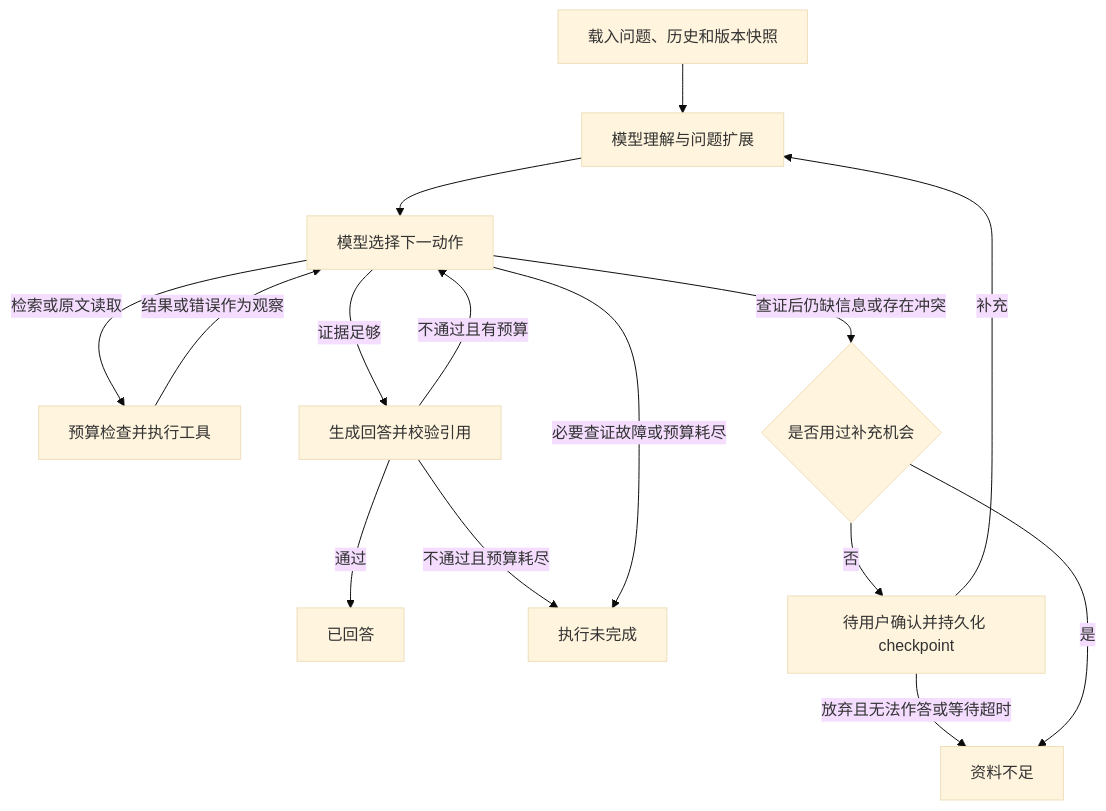
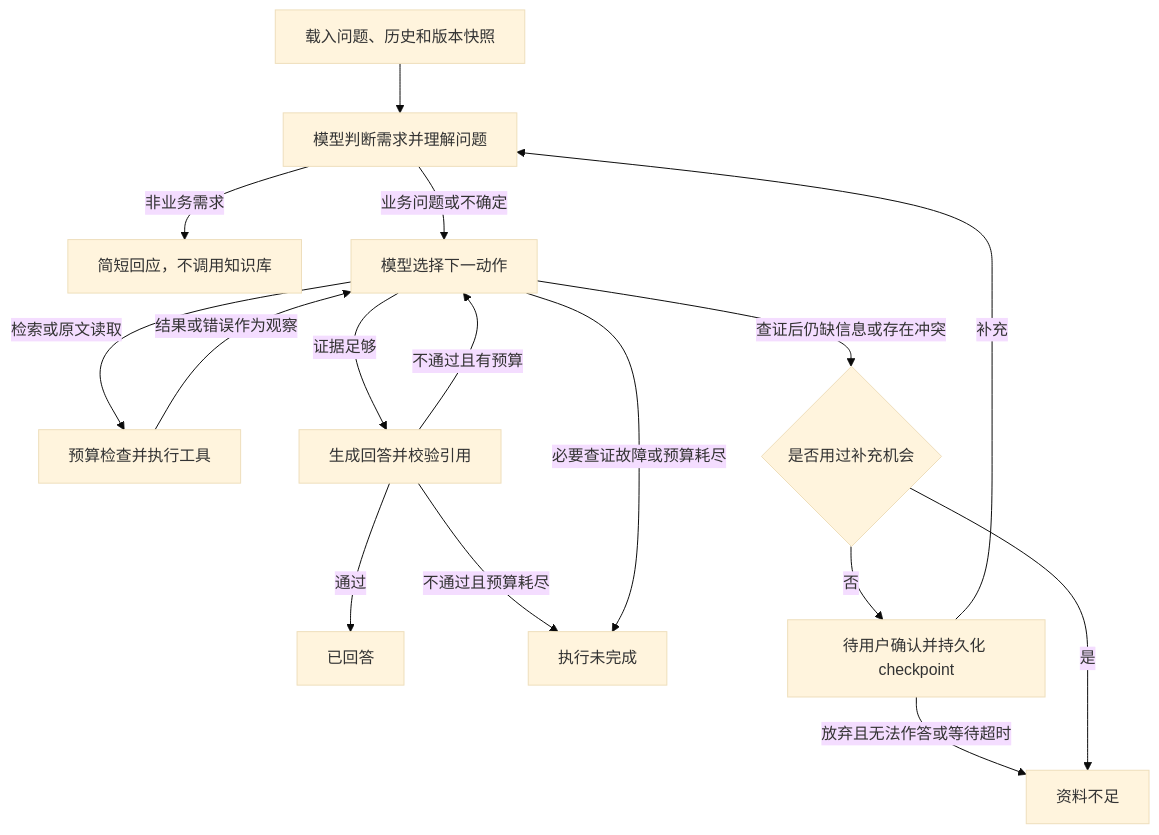
The second of 2 diagrams in docs/02-solution.md (ChrisEvans2/xiaoying-exam), drawn with Mermaid (base theme) before and after one commit. The commit also changed other lines of this file and 92 other files, not shown here.

````diff
--- a/docs/02-solution.md
+++ b/docs/02-solution.md
@@ -124,17 +135,18 @@
 ```mermaid
 flowchart TD
-    START[载入问题、历史和版本快照] --> EXPAND[模型理解与问题扩展]
-    EXPAND --> DECIDE[模型选择下一动作]
+    START[载入问题、历史和版本快照] --> EXPAND[模型判断需求并理解问题]
+    EXPAND -->|非业务需求| SOCIAL[简短回应，不调用知识库]
+    EXPAND -->|业务问题或不确定| DECIDE[模型选择下一动作]
     DECIDE -->|检索或原文读取| TOOL[预算检查并执行工具]
     TOOL -->|结果或错误作为观察| DECIDE
     DECIDE -->|证据足够| CHECK[生成回答并校验引用]
     CHECK -->|通过| ANSWER[已回答]
     CHECK -->|不通过且有预算| DECIDE
     CHECK -->|不通过且预算耗尽| INCOMPLETE[执行未完成]
     DECIDE -->|查证后仍缺信息或存在冲突| GATE{是否用过补充机会}
     GATE -->|否| WAIT[待用户确认并持久化 checkpoint]
     WAIT -->|补充| EXPAND
     WAIT -->|放弃且无法作答或等待超时| INSUFFICIENT[资料不足]
     GATE -->|是| INSUFFICIENT
     DECIDE -->|必要查证故障或预算耗尽| INCOMPLETE
 ```
````
